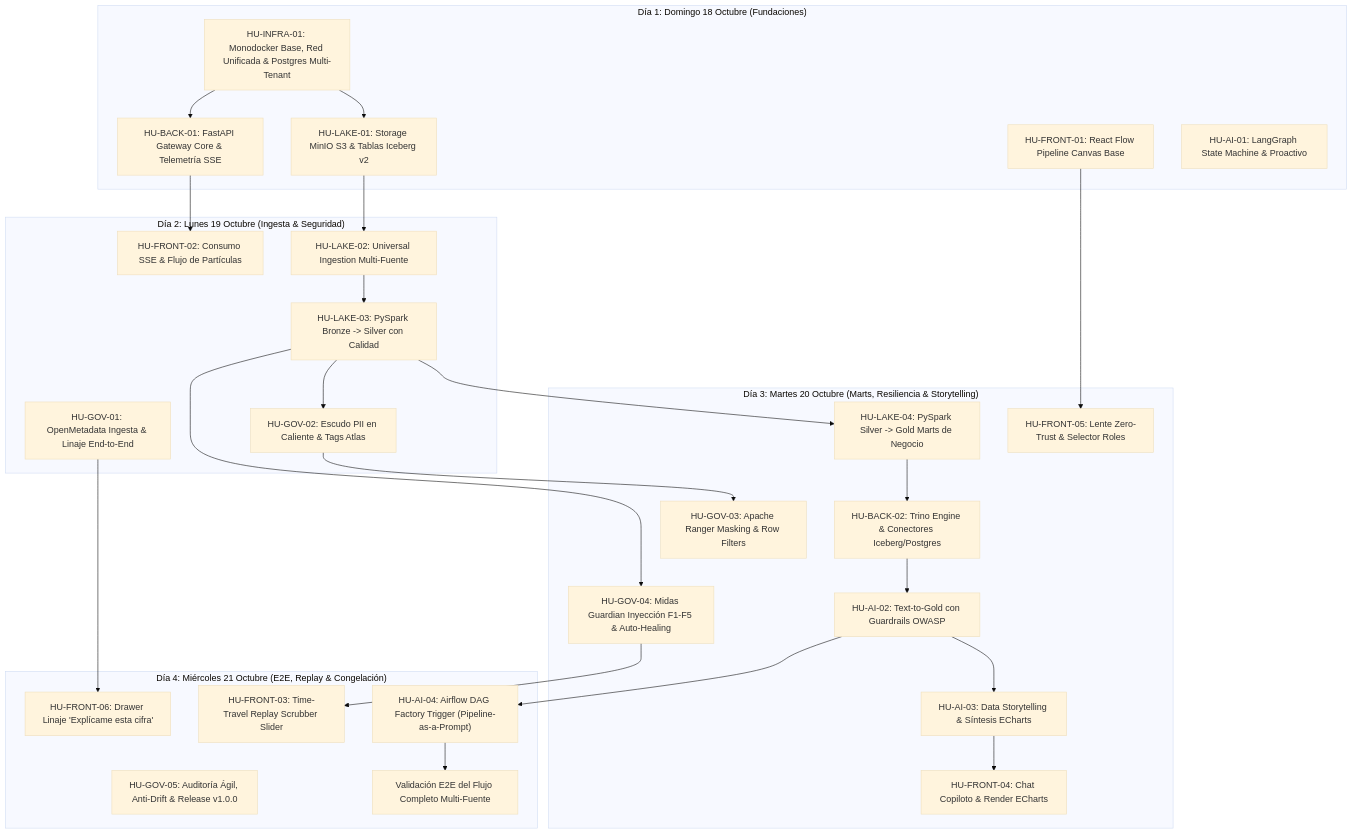
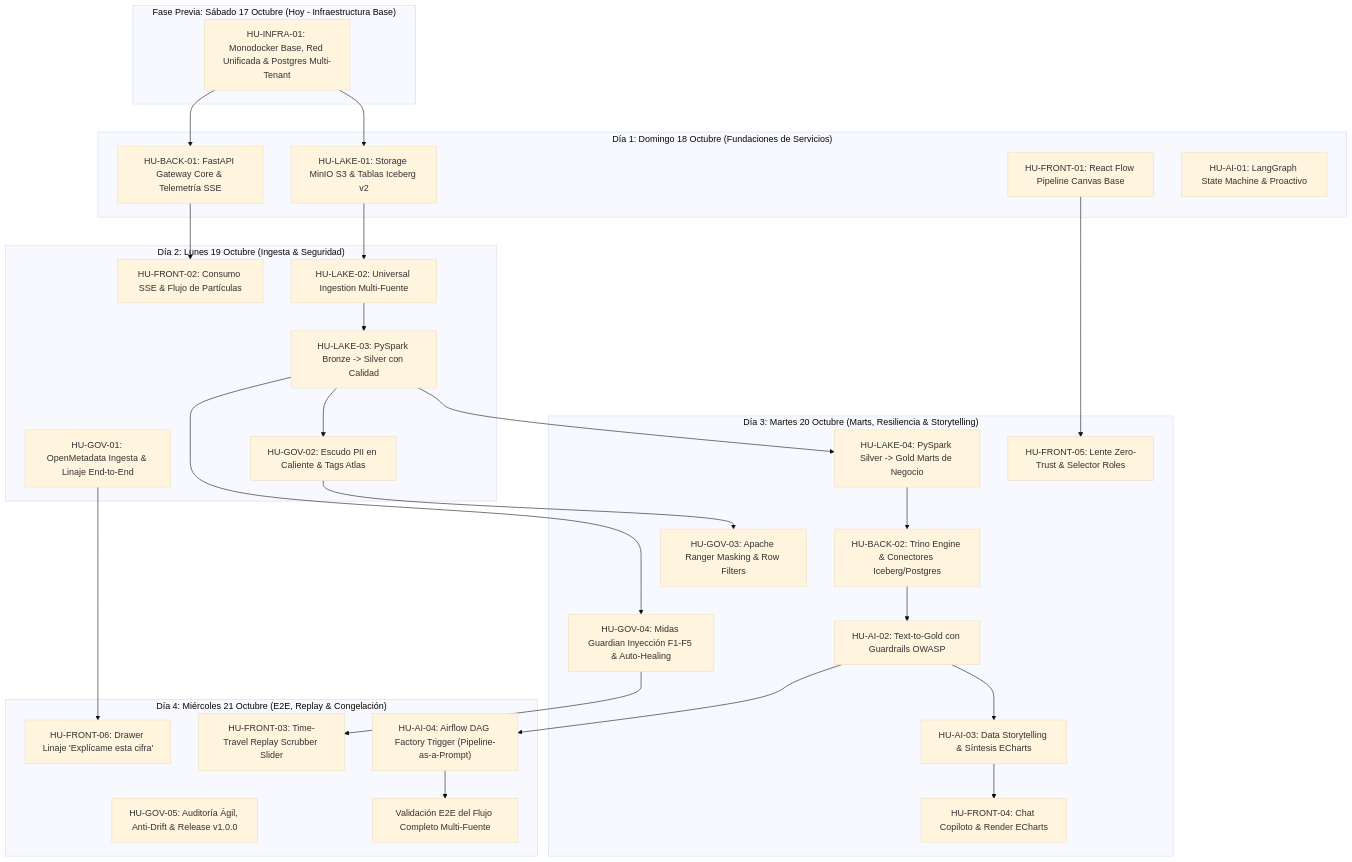
One commit to Dan18eP/Midas changed the diagram in documentation/04_product_backlog.md. Above: the diagram before and after it, drawn with Mermaid (base theme). The commit also changed other lines of this file and 1 other file, not shown here.

Commit message:
feat(backlog): update HU-INFRA-01 to direct execution by leader scheduled for today

````diff
--- a/documentation/04_product_backlog.md
+++ b/documentation/04_product_backlog.md
@@ -34,50 +34,53 @@
 ```mermaid
 flowchart TD
-    subgraph DIA1["Día 1: Domingo 18 Octubre (Fundaciones)"]
+    subgraph PRE_SPRINT["Fase Previa: Sábado 17 Octubre (Hoy - Infraestructura Base)"]
         H_INFRA01["HU-INFRA-01: Monodocker Base, Red Unificada & Postgres Multi-Tenant"]
+    end
+
+    subgraph DIA1["Día 1: Domingo 18 Octubre (Fundaciones de Servicios)"]
         H_LAKE01["HU-LAKE-01: Storage MinIO S3 & Tablas Iceberg v2"]
         H_BACK01["HU-BACK-01: FastAPI Gateway Core & Telemetría SSE"]
         H_FRONT01["HU-FRONT-01: React Flow Pipeline Canvas Base"]
         H_AI01["HU-AI-01: LangGraph State Machine & Proactivo"]
     end
 
     subgraph DIA2["Día 2: Lunes 19 Octubre (Ingesta & Seguridad)"]
         H_LAKE02["HU-LAKE-02: Universal Ingestion Multi-Fuente"]
         H_LAKE03["HU-LAKE-03: PySpark Bronze -> Silver con Calidad"]
         H_FRONT02["HU-FRONT-02: Consumo SSE & Flujo de Partículas"]
         H_GOV01["HU-GOV-01: OpenMetadata Ingesta & Linaje End-to-End"]
         H_GOV02["HU-GOV-02: Escudo PII en Caliente & Tags Atlas"]
     end
 
     subgraph DIA3["Día 3: Martes 20 Octubre (Marts, Resiliencia & Storytelling)"]
         H_LAKE04["HU-LAKE-04: PySpark Silver -> Gold Marts de Negocio"]
         H_BACK02["HU-BACK-02: Trino Engine & Conectores Iceberg/Postgres"]
         H_AI02["HU-AI-02: Text-to-Gold con Guardrails OWASP"]
         H_AI03["HU-AI-03: Data Storytelling & Síntesis ECharts"]
         H_FRONT04["HU-FRONT-04: Chat Copiloto & Render ECharts"]
         H_FRONT05["HU-FRONT-05: Lente Zero-Trust & Selector Roles"]
         H_GOV03["HU-GOV-03: Apache Ranger Masking & Row Filters"]
         H_GOV04["HU-GOV-04: Midas Guardian Inyección F1-F5 & Auto-Healing"]
     end
 
     subgraph DIA4["Día 4: Miércoles 21 Octubre (E2E, Replay & Congelación)"]
         H_FRONT03["HU-FRONT-03: Time-Travel Replay Scrubber Slider"]
         H_FRONT06["HU-FRONT-06: Drawer Linaje 'Explícame esta cifra'"]
         H_AI04["HU-AI-04: Airflow DAG Factory Trigger (Pipeline-as-a-Prompt)"]
         H_GOV05["HU-GOV-05: Auditoría Ágil, Anti-Drift & Release v1.0.0"]
         H_E2E["Validación E2E del Flujo Completo Multi-Fuente"]
     end
 
     H_INFRA01 --> H_LAKE01
     H_INFRA01 --> H_BACK01
     H_LAKE01 --> H_LAKE02 --> H_LAKE03 --> H_LAKE04
     H_BACK01 --> H_FRONT02
     H_LAKE03 --> H_GOV02 --> H_GOV03
     H_LAKE04 --> H_BACK02 --> H_AI02 --> H_AI03 --> H_FRONT04
     H_LAKE03 --> H_GOV04
     H_GOV04 --> H_FRONT03
     H_AI02 --> H_AI04
     H_FRONT01 --> H_FRONT05
     H_GOV01 --> H_FRONT06
     H_AI04 --> H_E2E
 ```
````
